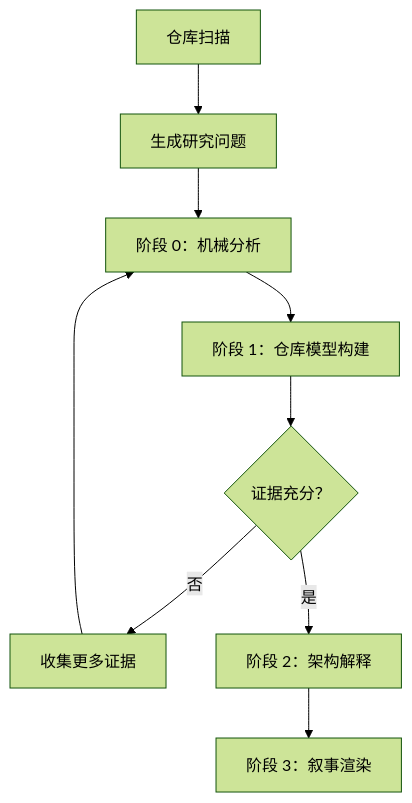
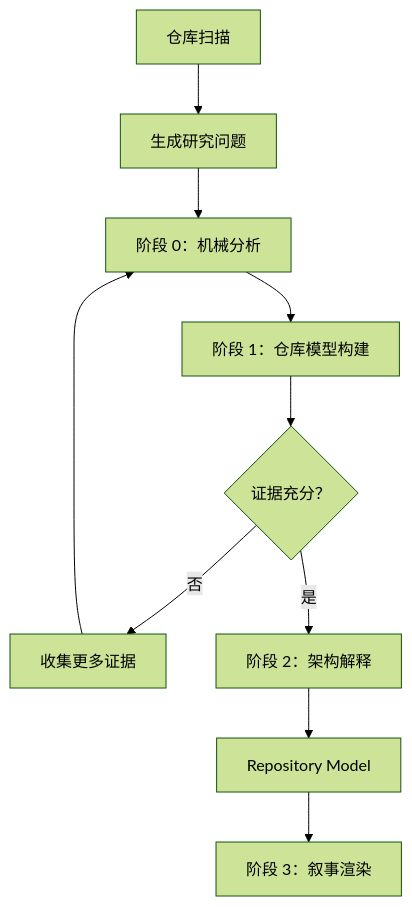
Before and after one commit to devweekly/devweekly.github.io: the second of 2 diagrams in .trae/skills/repo-research-v2/methodology.md, drawn with Mermaid (forest theme). The commit also changed other lines of this file and 2 other files, not shown here.

````diff
--- a/.trae/skills/repo-research-v2/methodology.md
+++ b/.trae/skills/repo-research-v2/methodology.md
@@ -59,11 +122,12 @@
 ```mermaid
 flowchart TD
     A[仓库扫描] --> B[生成研究问题]
     B --> C[阶段 0：机械分析]
     C --> D[阶段 1：仓库模型构建]
     D --> E{证据充分？}
     E -- 否 --> F[收集更多证据]
     F --> C
     E -- 是 --> G[阶段 2：架构解释]
-    G --> H[阶段 3：叙事渲染]
+    G --> I[Repository Model]
+    I --> H[阶段 3：叙事渲染]
 ```
````
